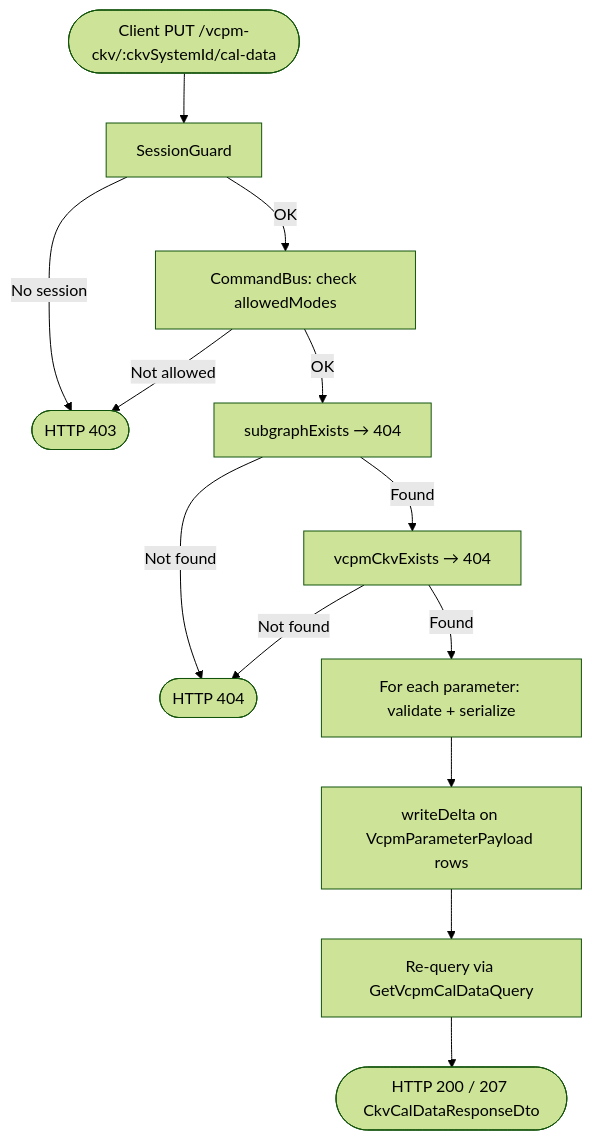
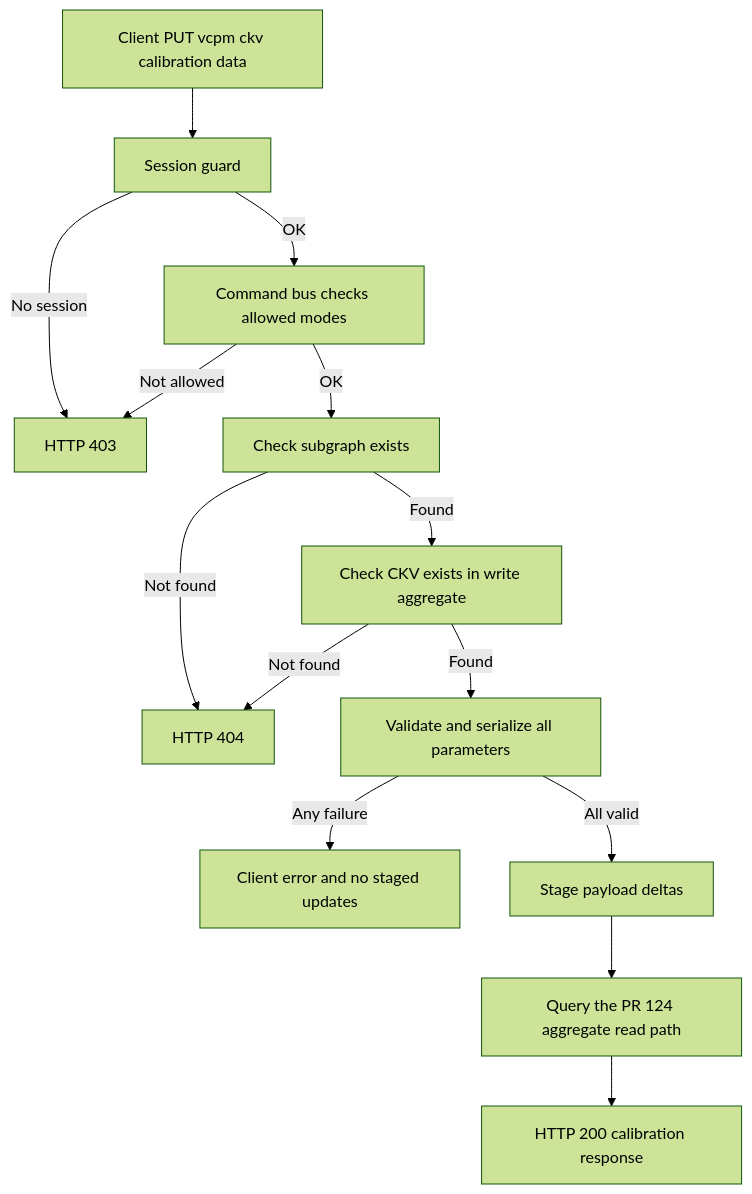
One commit to AudioReach/audioreach-creator-backend changed the third of 3 diagrams in docs/property-data/design/set-subgraph-vcpm-ckv-design.md. Above: the diagram before and after it, drawn with Mermaid (forest theme). The commit also changed other lines of this file and 34 other files, not shown here.

First line of the commit message:
feat(data): add endpoints for set vcpm data

````diff
--- a/docs/property-data/design/set-subgraph-vcpm-ckv-design.md
+++ b/docs/property-data/design/set-subgraph-vcpm-ckv-design.md
@@ -74,15 +90,16 @@
 ```mermaid
 flowchart TD
-    A([Client PUT /vcpm-ckv/:ckvSystemId/cal-data]) --> B[SessionGuard]
-    B -->|No session| C([HTTP 403])
-    B -->|OK| D[CommandBus: check allowedModes]
+    A["Client PUT vcpm ckv calibration data"] --> B["Session guard"]
+    B -->|No session| C["HTTP 403"]
+    B -->|OK| D["Command bus checks allowed modes"]
     D -->|Not allowed| C
-    D -->|OK| E[subgraphExists → 404]
-    E -->|Not found| F([HTTP 404])
-    E -->|Found| G[vcpmCkvExists → 404]
+    D -->|OK| E["Check subgraph exists"]
+    E -->|Not found| F["HTTP 404"]
+    E -->|Found| G["Check CKV exists in write aggregate"]
     G -->|Not found| F
-    G -->|Found| H[For each parameter: validate + serialize]
-    H --> I[writeDelta on VcpmParameterPayload rows]
-    I --> J[Re-query via GetVcpmCalDataQuery]
-    J --> K([HTTP 200 / 207 CkvCalDataResponseDto])
+    G -->|Found| H["Validate and serialize all parameters"]
+    H -->|Any failure| I["Client error and no staged updates"]
+    H -->|All valid| J["Stage payload deltas"]
+    J --> K["Query the PR 124 aggregate read path"]
+    K --> L["HTTP 200 calibration response"]
 ```
````
